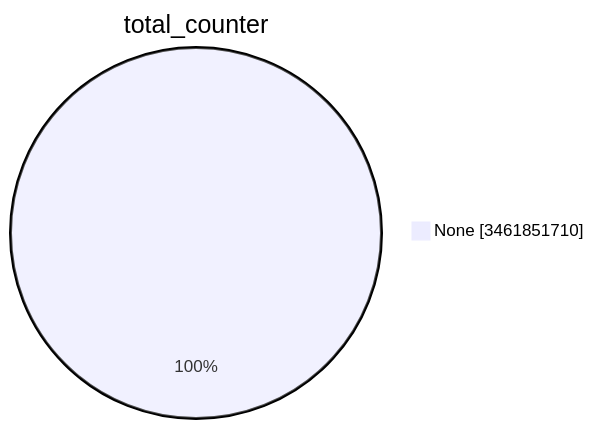
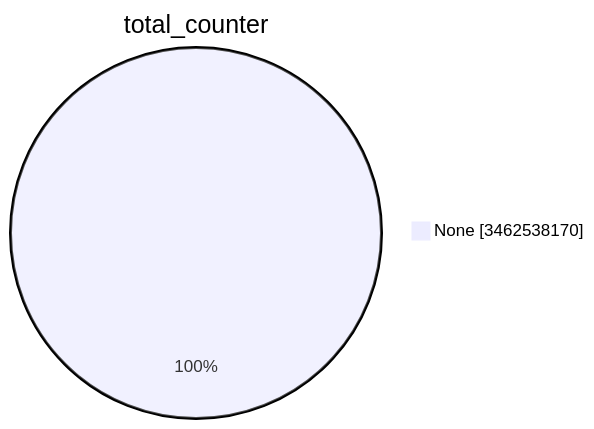
One commit to christiankrug/ctmonitor_visualization changed the first of 15 diagrams in TOTAL/README.md. Above: the diagram before and after it, drawn with Mermaid. The commit also changed other lines of this file, not shown here.

````diff
--- a/TOTAL/README.md
+++ b/TOTAL/README.md
@@ -1,5 +1,5 @@
 ```mermaid
 pie showData
 title total_counter
-"None" :3461851710
+"None" :3462538170
 ```
````
